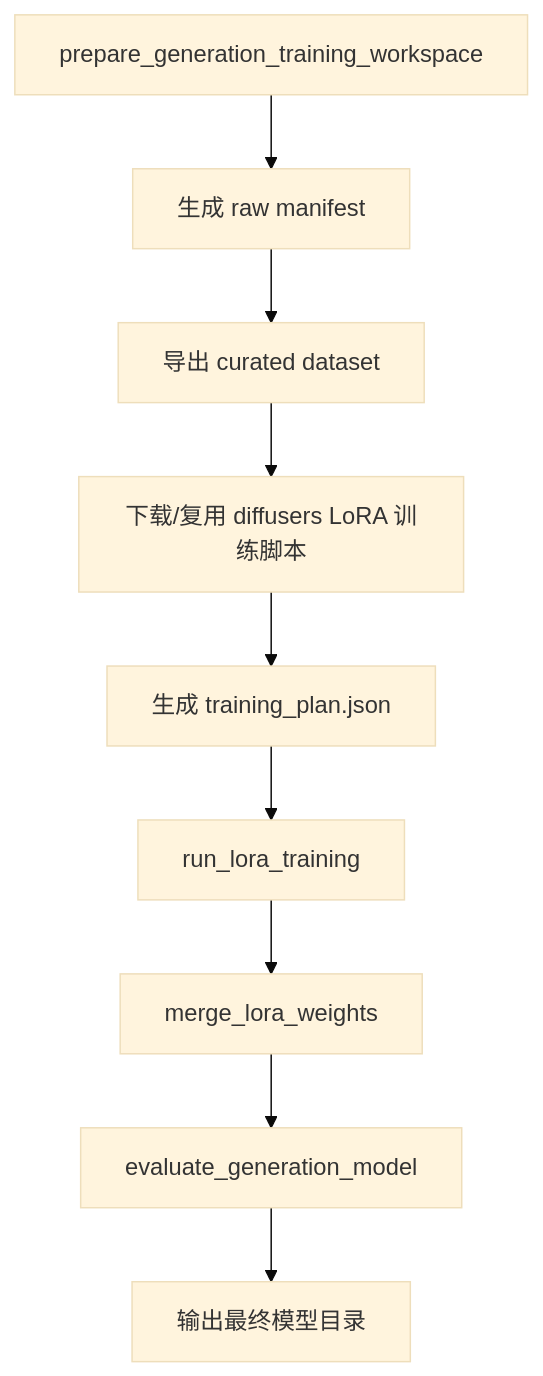
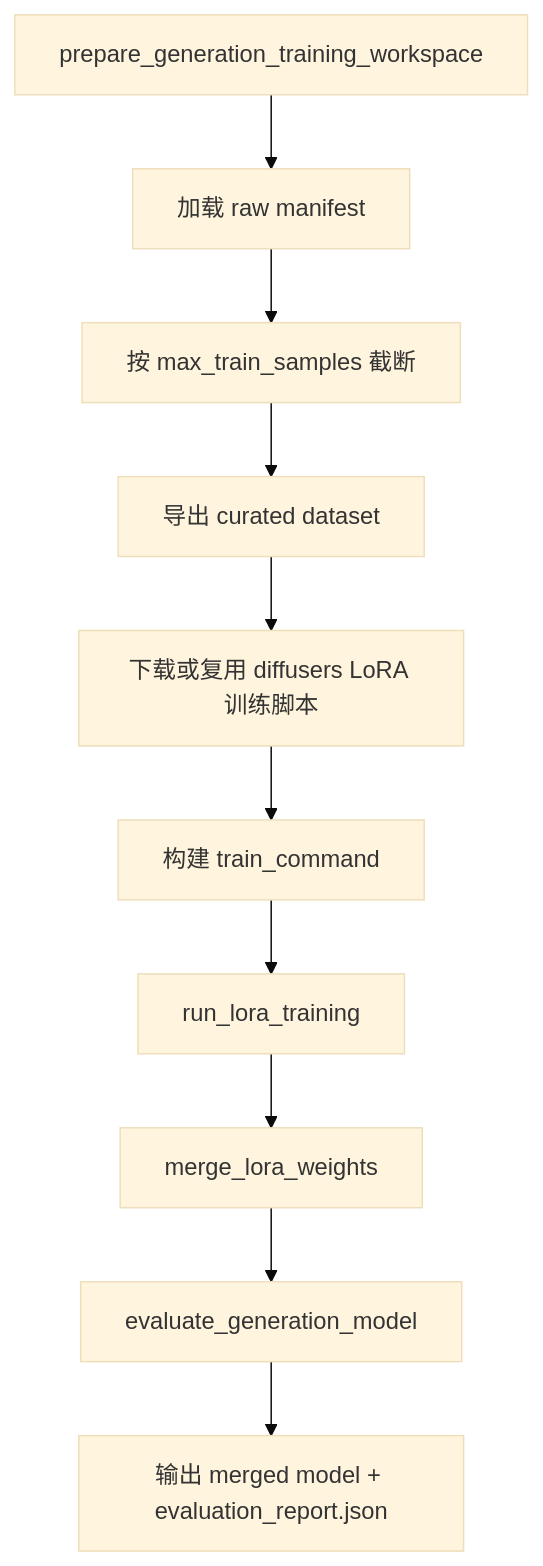
One commit to hrzt66/electric-ai-platform changed the third of 10 diagrams in docs/model-training-and-usage.md. Above: the diagram before and after it, drawn with Mermaid (base theme). The commit also changed other lines of this file, not shown here.

Commit message:
docs: expand training and usage guide

````diff
--- a/docs/model-training-and-usage.md
+++ b/docs/model-training-and-usage.md
@@ -145,11 +207,12 @@
 ```mermaid
 flowchart TD
-    A["prepare_generation_training_workspace"] --> B["生成 raw manifest"]
-    B --> C["导出 curated dataset"]
-    C --> D["下载/复用 diffusers LoRA 训练脚本"]
-    D --> E["生成 training_plan.json"]
-    E --> F["run_lora_training"]
-    F --> G["merge_lora_weights"]
-    G --> H["evaluate_generation_model"]
-    H --> I["输出最终模型目录"]
+    A["prepare_generation_training_workspace"] --> B["加载 raw manifest"]
+    B --> C["按 max_train_samples 截断"]
+    C --> D["导出 curated dataset"]
+    D --> E["下载或复用 diffusers LoRA 训练脚本"]
+    E --> F["构建 train_command"]
+    F --> G["run_lora_training"]
+    G --> H["merge_lora_weights"]
+    H --> I["evaluate_generation_model"]
+    I --> J["输出 merged model + evaluation_report.json"]
 ```
````
